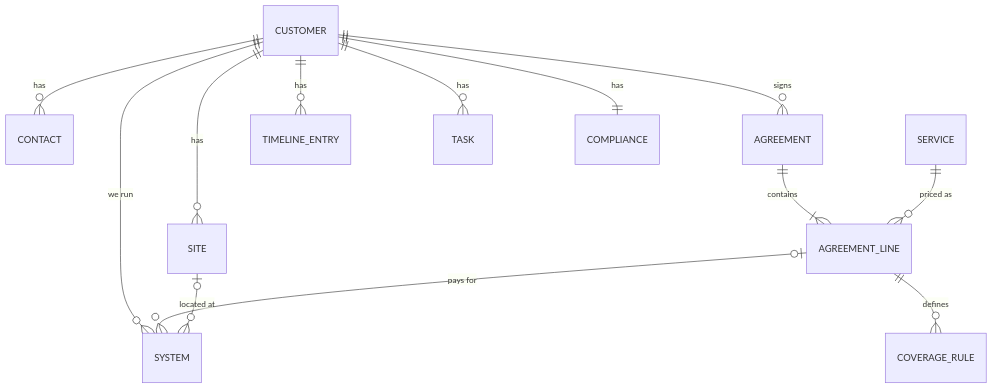
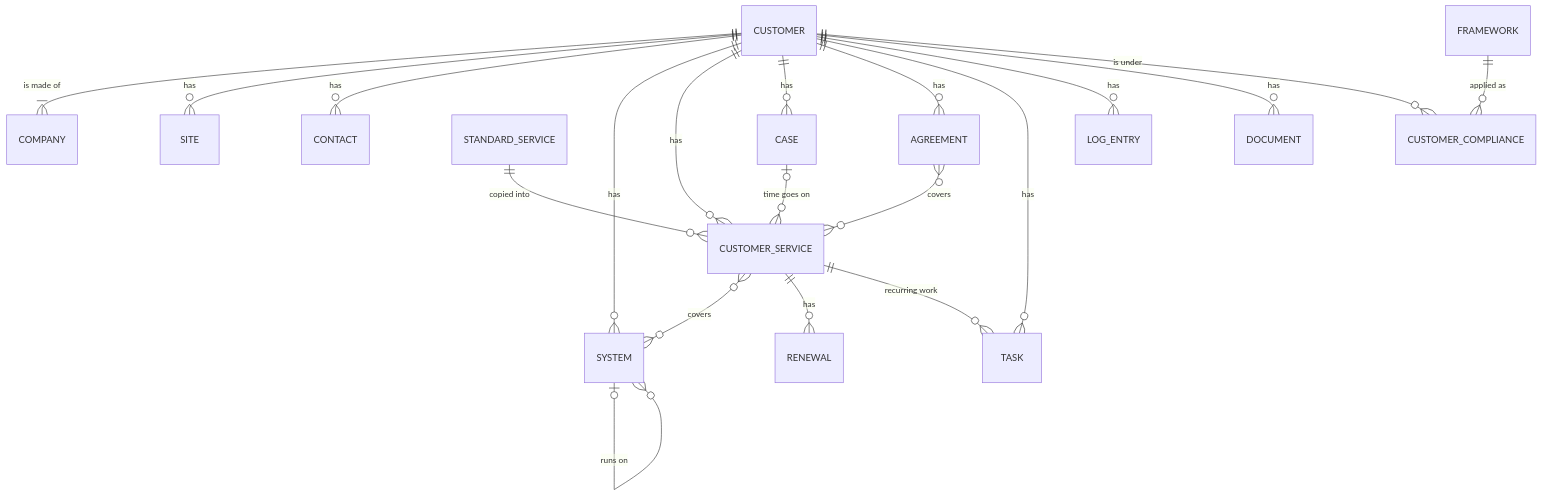
The first of 2 diagrams in docs/architecture.md (FragmentedCoder/Ting-CRM), drawn with Mermaid before and after one commit. The commit also changed other lines of this file and 3 other files, not shown here.

First line of the commit message:
Plan Phase 2 around standard services and case numbers

````diff
--- a/docs/architecture.md
+++ b/docs/architecture.md
@@ -49,15 +53,22 @@
 ```mermaid
 erDiagram
+  CUSTOMER ||--|{ COMPANY : "is made of"
   CUSTOMER ||--o{ SITE : has
   CUSTOMER ||--o{ CONTACT : has
-  CUSTOMER ||--o{ AGREEMENT : signs
-  AGREEMENT ||--|{ AGREEMENT_LINE : contains
-  AGREEMENT_LINE ||--o{ COVERAGE_RULE : defines
-  SERVICE ||--o{ AGREEMENT_LINE : "priced as"
-  CUSTOMER ||--o{ SYSTEM : "we run"
-  AGREEMENT_LINE |o--o{ SYSTEM : "pays for"
-  SITE |o--o{ SYSTEM : "located at"
-  CUSTOMER ||--o{ TIMELINE_ENTRY : has
+  CUSTOMER ||--o{ SYSTEM : has
+  SYSTEM |o--o{ SYSTEM : "runs on"
+  STANDARD_SERVICE ||--o{ CUSTOMER_SERVICE : "copied into"
+  CUSTOMER ||--o{ CUSTOMER_SERVICE : has
+  CUSTOMER_SERVICE }o--o{ SYSTEM : covers
+  CUSTOMER ||--o{ CASE : has
+  CASE |o--o{ CUSTOMER_SERVICE : "time goes on"
+  CUSTOMER ||--o{ AGREEMENT : has
+  AGREEMENT }o--o{ CUSTOMER_SERVICE : covers
+  CUSTOMER_SERVICE ||--o{ RENEWAL : has
+  CUSTOMER_SERVICE ||--o{ TASK : "recurring work"
   CUSTOMER ||--o{ TASK : has
-  CUSTOMER ||--|| COMPLIANCE : has
+  CUSTOMER ||--o{ LOG_ENTRY : has
+  CUSTOMER ||--o{ DOCUMENT : has
+  FRAMEWORK ||--o{ CUSTOMER_COMPLIANCE : "applied as"
+  CUSTOMER ||--o{ CUSTOMER_COMPLIANCE : "is under"
 ```
````
